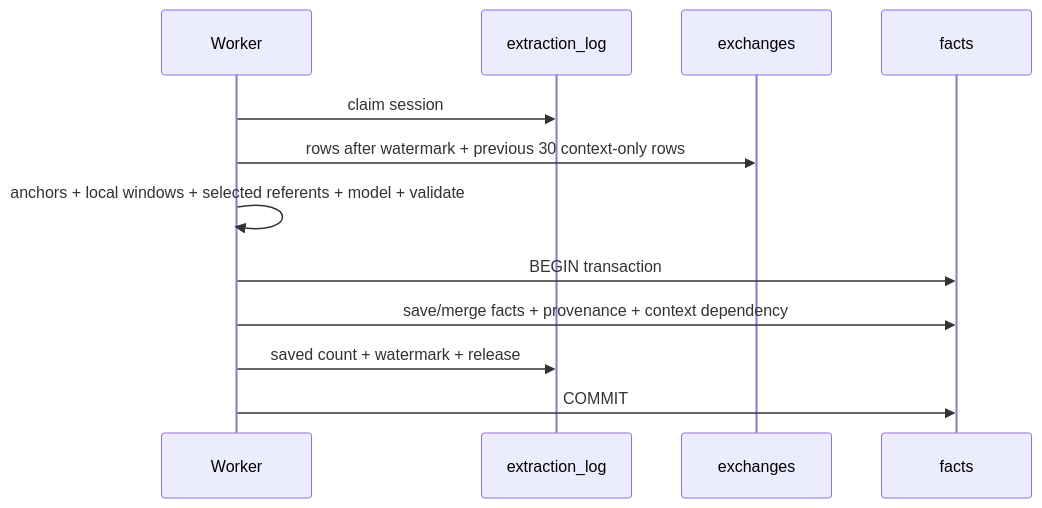
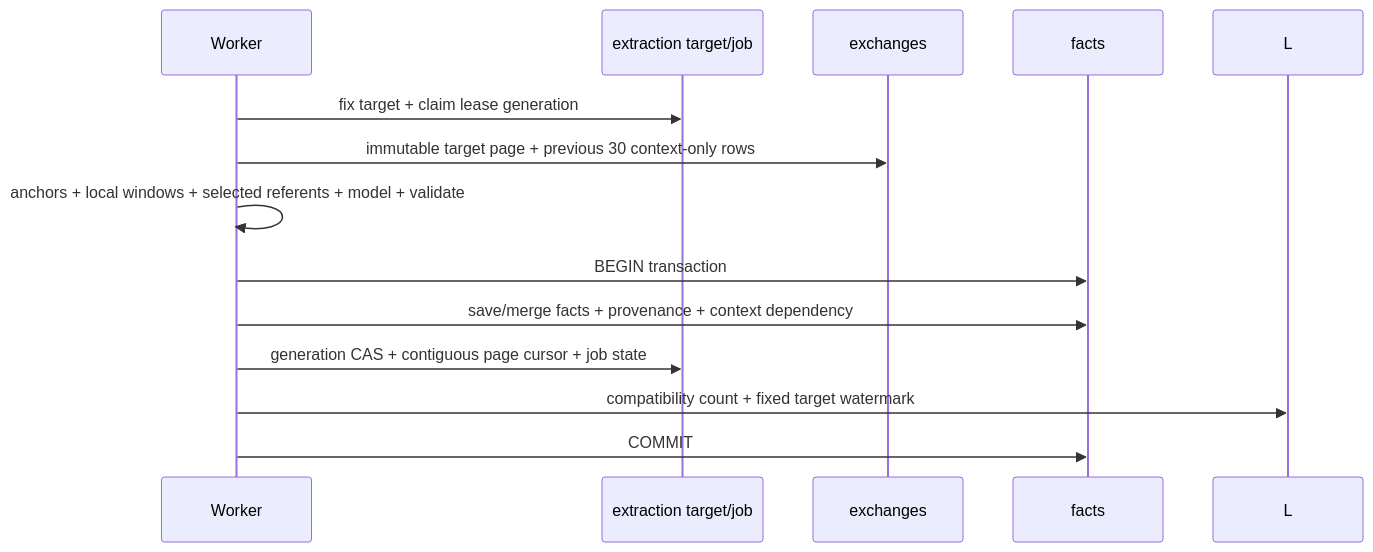
Before and after one commit to BongSuCHOI/memex: the diagram in docs/FACT-LIFECYCLE.md, drawn with Mermaid. The commit also changed other lines of this file and 43 other files, not shown here.

````diff
--- a/docs/FACT-LIFECYCLE.md
+++ b/docs/FACT-LIFECYCLE.md
@@ -243,15 +244,16 @@
 ```mermaid
 sequenceDiagram
     participant W as Worker
-    participant L as extraction_log
+    participant T as extraction target/job
     participant E as exchanges
     participant F as facts
 
-    W->>L: claim session
-    W->>E: rows after watermark + previous 30 context-only rows
+    W->>T: fix target + claim lease generation
+    W->>E: immutable target page + previous 30 context-only rows
     W->>W: anchors + local windows + selected referents + model + validate
     W->>F: BEGIN transaction
     W->>F: save/merge facts + provenance + context dependency
-    W->>L: saved count + watermark + release
+    W->>T: generation CAS + contiguous page cursor + job state
+    W->>L: compatibility count + fixed target watermark
     W->>F: COMMIT
 ```
````
